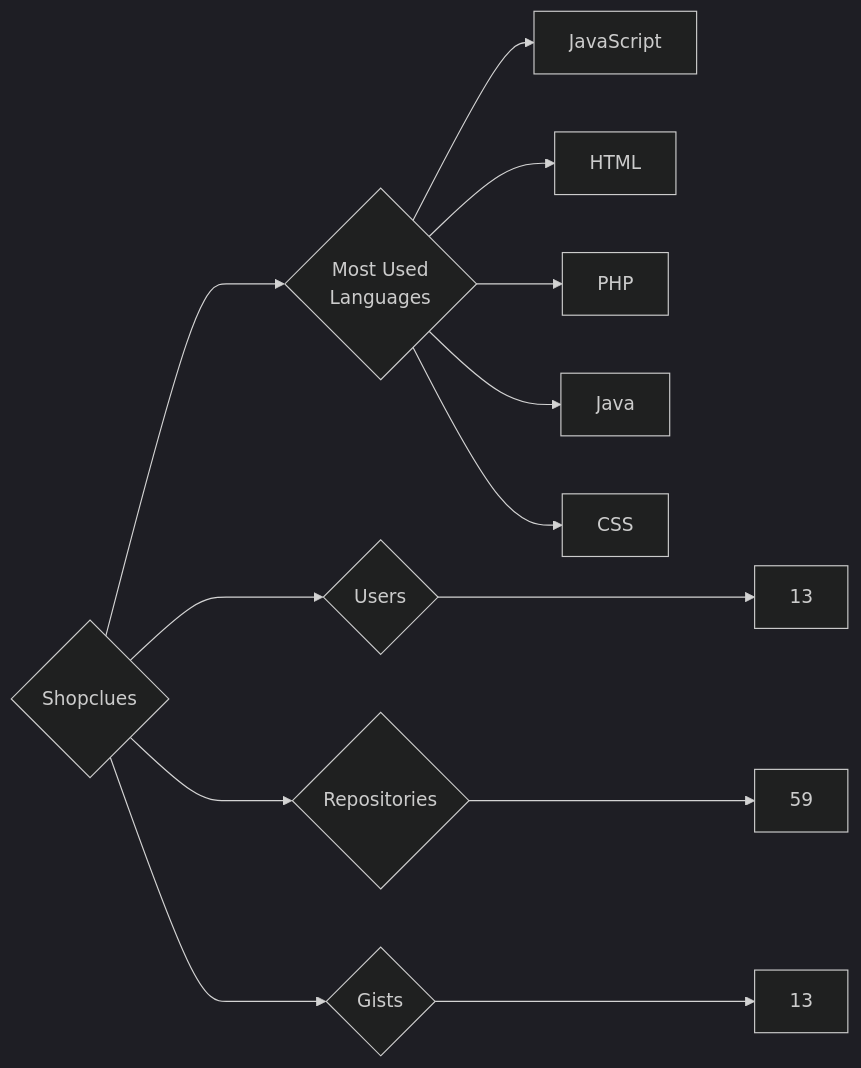
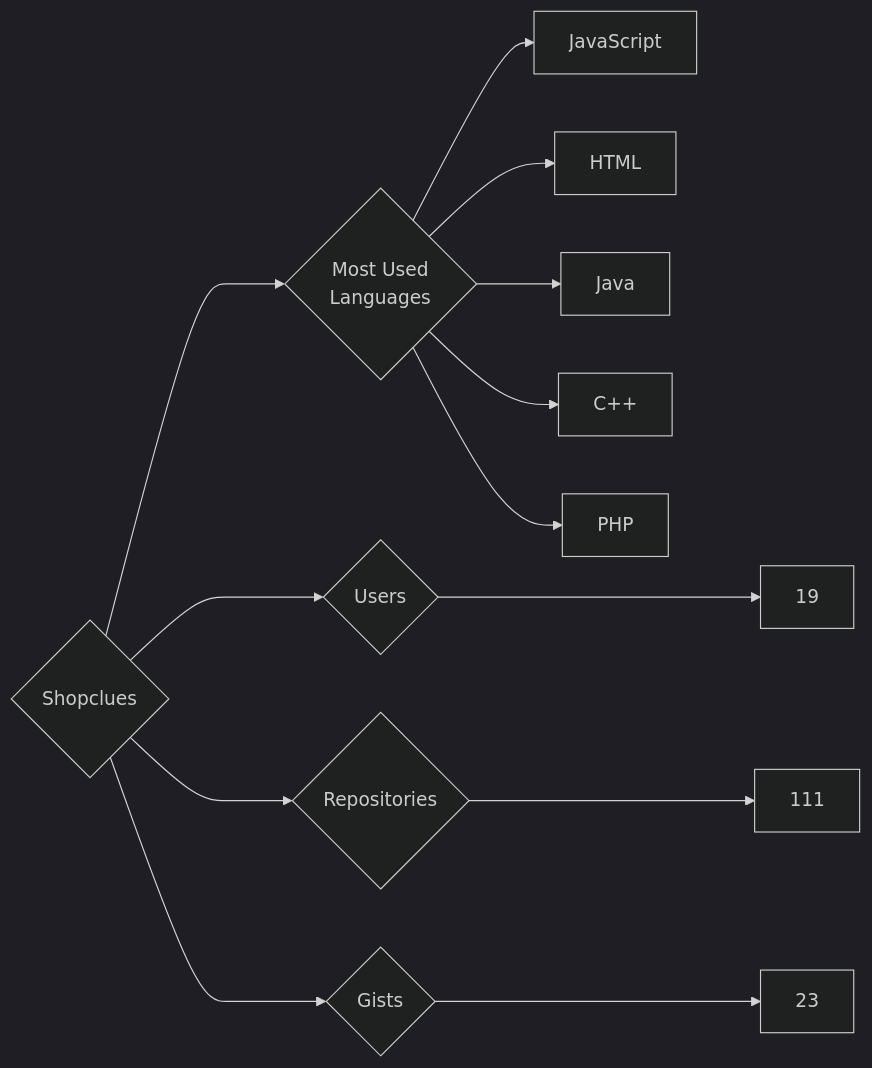
One commit to trickest/insiders changed the diagram in targets/Shopclues/README.md. Above: the diagram before and after it, drawn with Mermaid (dark theme). The commit also changed 940 other files, not shown here.

````diff
--- a/targets/Shopclues/README.md
+++ b/targets/Shopclues/README.md
@@ -3,13 +3,13 @@
 ```mermaid
 graph LR
 COMPANY_NAME{Shopclues}
-COMPANY_NAME ---> U{Users} ---> UN[13]
-COMPANY_NAME ---> R{Repositories} ---> RN[59]
-COMPANY_NAME ---> G{Gists} ---> GN[13]
+COMPANY_NAME ---> U{Users} ---> UN[19]
+COMPANY_NAME ---> R{Repositories} ---> RN[111]
+COMPANY_NAME ---> G{Gists} ---> GN[23]
 COMPANY_NAME ---> ML{Most Used<br>Languages}
 ML --> JavaScript[JavaScript]
 ML --> HTML[HTML]
+ML --> Java[Java]
+ML --> C++[C++]
 ML --> PHP[PHP]
-ML --> Java[Java]
-ML --> CSS[CSS]
 ```
````
